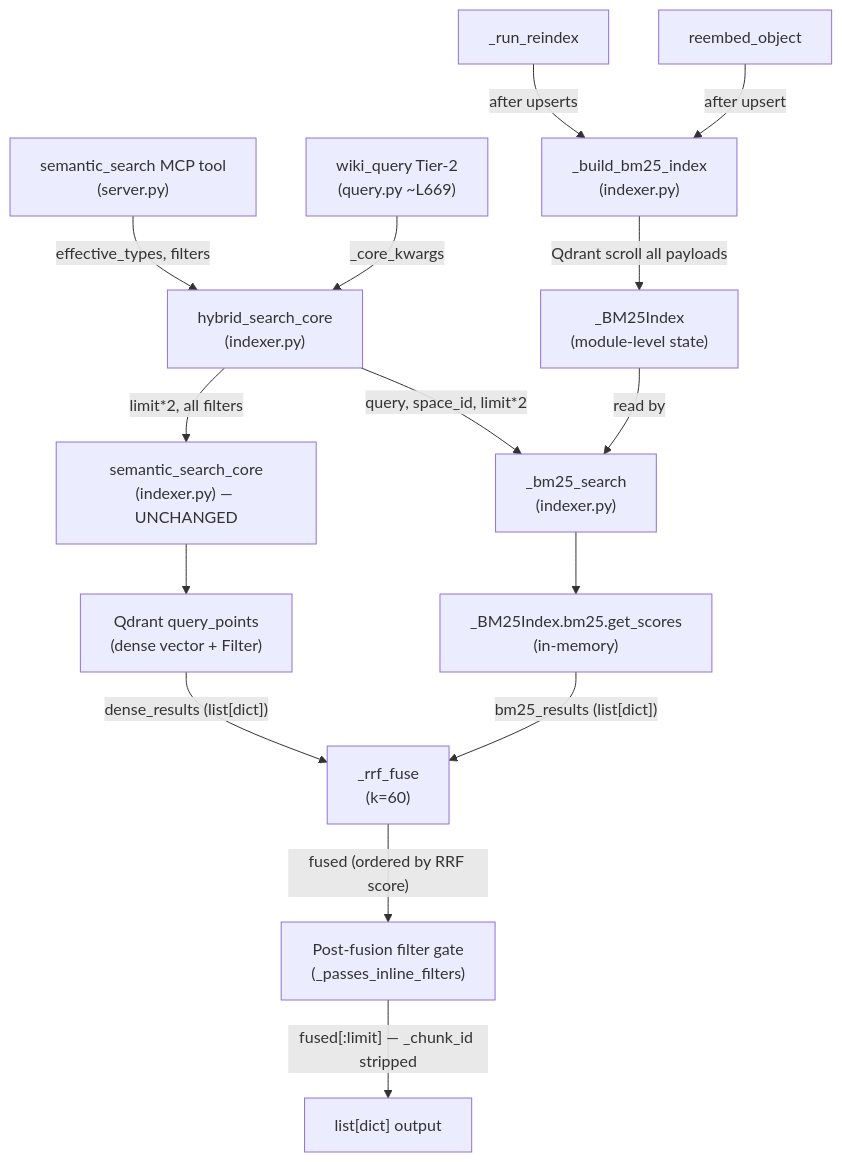
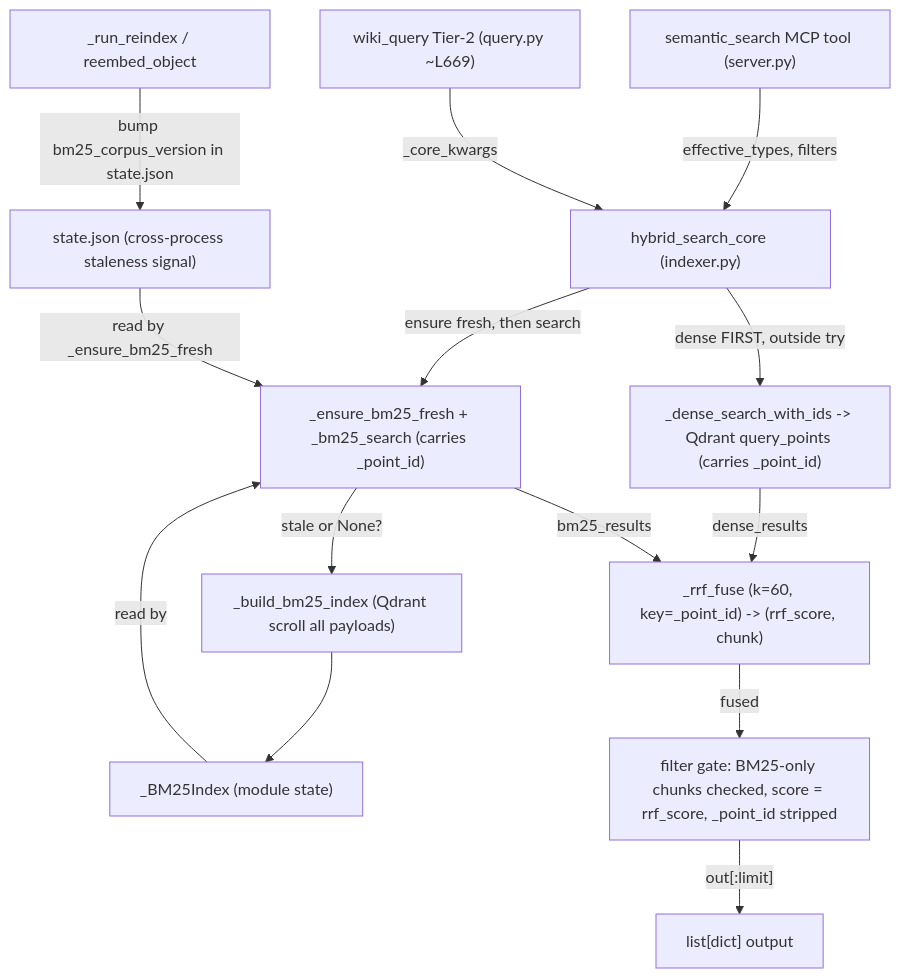
Before and after one commit to Aldeia-IT/anytype-llm-wiki: the diagram in .aldeia/327-retrieval-lexical-hybrid-dense-sparse-fusion/spec.md, drawn with Mermaid. The commit also changed other lines of this file, not shown here.

First line of the commit message:
Revise #327 hybrid retrieval spec to resolve review R1

````diff
--- a/.aldeia/327-retrieval-lexical-hybrid-dense-sparse-fusion/spec.md
+++ b/.aldeia/327-retrieval-lexical-hybrid-dense-sparse-fusion/spec.md
@@ -534,25 +509,23 @@
 ```mermaid
 flowchart TD
-    A["semantic_search MCP tool\n(server.py)"] -->|"effective_types, filters"| B
-    C["wiki_query Tier-2\n(query.py ~L669)"] -->|"_core_kwargs"| B
+    A["semantic_search MCP tool (server.py)"] -->|"effective_types, filters"| B
+    C["wiki_query Tier-2 (query.py ~L669)"] -->|"_core_kwargs"| B
 
-    B["hybrid_search_core\n(indexer.py)"]
+    B["hybrid_search_core (indexer.py)"]
 
-    B -->|"limit*2, all filters"| D["semantic_search_core\n(indexer.py) — UNCHANGED"]
-    B -->|"query, space_id, limit*2"| E["_bm25_search\n(indexer.py)"]
+    B -->|"dense FIRST, outside try"| D["_dense_search_with_ids -> Qdrant query_points (carries _point_id)"]
+    B -->|"ensure fresh, then search"| E["_ensure_bm25_fresh + _bm25_search (carries _point_id)"]
 
-    D --> F["Qdrant query_points\n(dense vector + Filter)"]
-    E --> G["_BM25Index.bm25.get_scores\n(in-memory)"]
-
-    F -->|"dense_results (list[dict])"| H["_rrf_fuse\n(k=60)"]
-    G -->|"bm25_results (list[dict])"| H
-
-    H -->|"fused (ordered by RRF score)"| I["Post-fusion filter gate\n(_passes_inline_filters)"]
-    I -->|"fused[:limit] — _chunk_id stripped"| J["list[dict] output"]
-
-    K["_build_bm25_index\n(indexer.py)"] -->|"Qdrant scroll all payloads"| L["_BM25Index\n(module-level state)"]
+    E -->|"stale or None?"| K["_build_bm25_index (Qdrant scroll all payloads)"]
+    K --> L["_BM25Index (module state)"]
     L -->|"read by"| E
 
-    M["_run_reindex"] -->|"after upserts"| K
-    N["reembed_object"] -->|"after upsert"| K
+    D -->|"dense_results"| H["_rrf_fuse (k=60, key=_point_id) -> (rrf_score, chunk)"]
+    E -->|"bm25_results"| H
+
+    H -->|"fused"| I["filter gate: BM25-only chunks checked, score = rrf_score, _point_id stripped"]
+    I -->|"out[:limit]"| J["list[dict] output"]
+
+    M["_run_reindex / reembed_object"] -->|"bump bm25_corpus_version in state.json"| N["state.json (cross-process staleness signal)"]
+    N -->|"read by _ensure_bm25_fresh"| E
 ```
````
